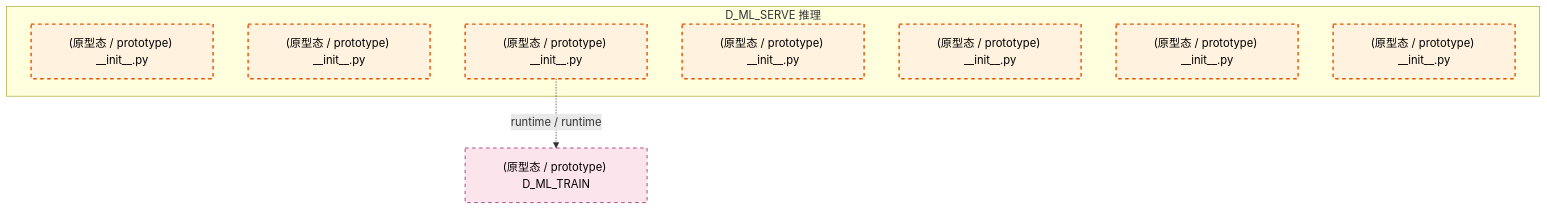
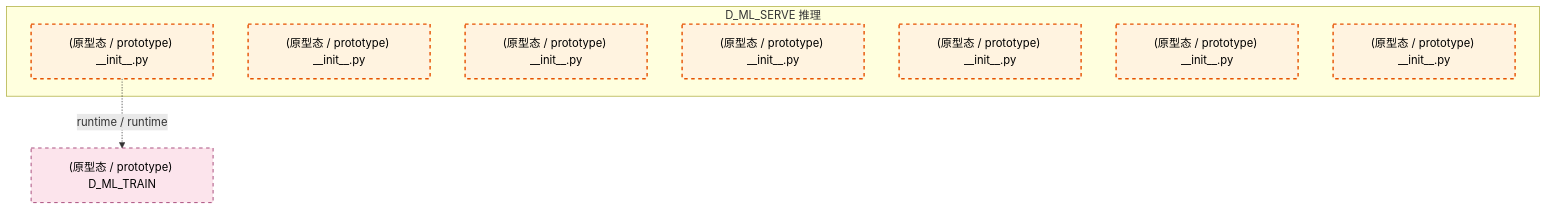
The first of 3 diagrams in docs/02_enterprise_architecture/02_domain_architecture_docs/49_d_ml_serve.md (xuanFelixVan/ZephyrAlpha), drawn with Mermaid before and after one commit. The commit also changed other lines of this file and 86 other files, not shown here.

````diff
--- a/docs/02_enterprise_architecture/02_domain_architecture_docs/49_d_ml_serve.md
+++ b/docs/02_enterprise_architecture/02_domain_architecture_docs/49_d_ml_serve.md
@@ -69,20 +69,20 @@
 ```mermaid
 graph TD
     subgraph D_ML_SERVE["D_ML_SERVE 推理"]
         src_zephyr_ml_serve_init_py["(原型态 / prototype) __init__.py"]
         src_zephyr_ml_serve_extensions_init_py["(原型态 / prototype) __init__.py"]
         src_zephyr_ml_serve_api_init_py["(原型态 / prototype) __init__.py"]
         src_zephyr_ml_serve_core_init_py["(原型态 / prototype) __init__.py"]
         src_zephyr_ml_serve_infrastructure_init_py["(原型态 / prototype) __init__.py"]
         src_zephyr_ml_serve_models_init_py["(原型态 / prototype) __init__.py"]
         src_zephyr_ml_serve_services_init_py["(原型态 / prototype) __init__.py"]
     end
     D_ML_TRAIN["(原型态 / prototype) D_ML_TRAIN"]
-    src_zephyr_ml_serve_api_init_py -.->|runtime / runtime| D_ML_TRAIN
+    src_zephyr_ml_serve_init_py -.->|runtime / runtime| D_ML_TRAIN
     classDef production fill:#e1f5fe,stroke:#01579b,stroke-width:2px,color:#000
     classDef design fill:#fff3e0,stroke:#e65100,stroke-width:2px,color:#000,stroke-dasharray: 5 5
     classDef external_prod fill:#e8f5e9,stroke:#1b5e20,stroke-width:1px,color:#000
     classDef external_design fill:#fce4ec,stroke:#880e4f,stroke-width:1px,color:#000,stroke-dasharray: 5 5
     class src_zephyr_ml_serve_init_py,src_zephyr_ml_serve_extensions_init_py,src_zephyr_ml_serve_api_init_py,src_zephyr_ml_serve_core_init_py,src_zephyr_ml_serve_infrastructure_init_py,src_zephyr_ml_serve_models_init_py,src_zephyr_ml_serve_services_init_py design
     class D_ML_TRAIN external_design
 ```
````
